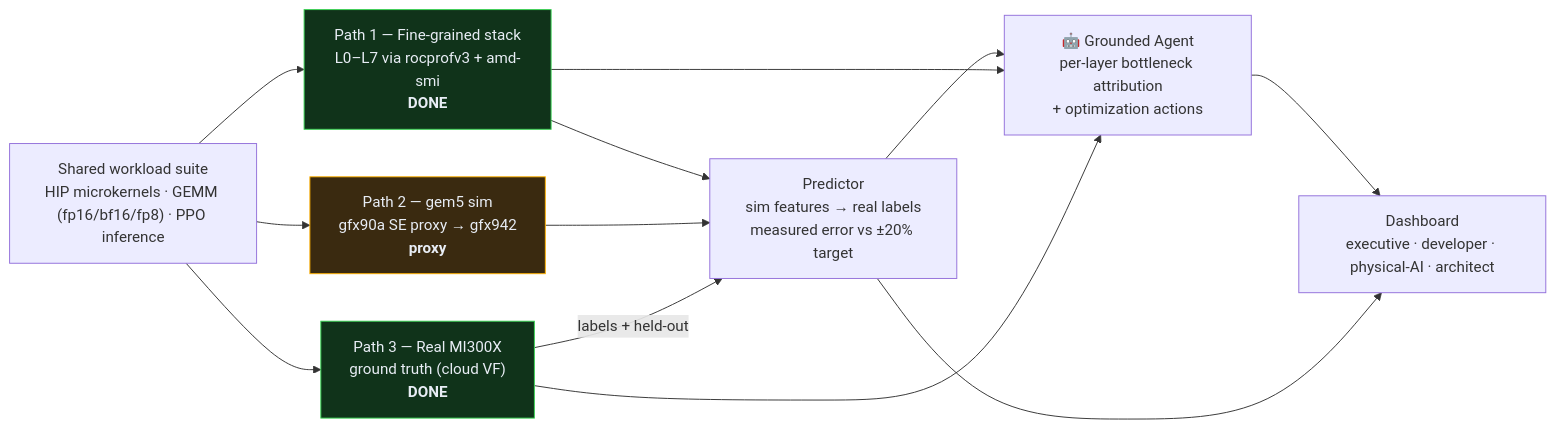
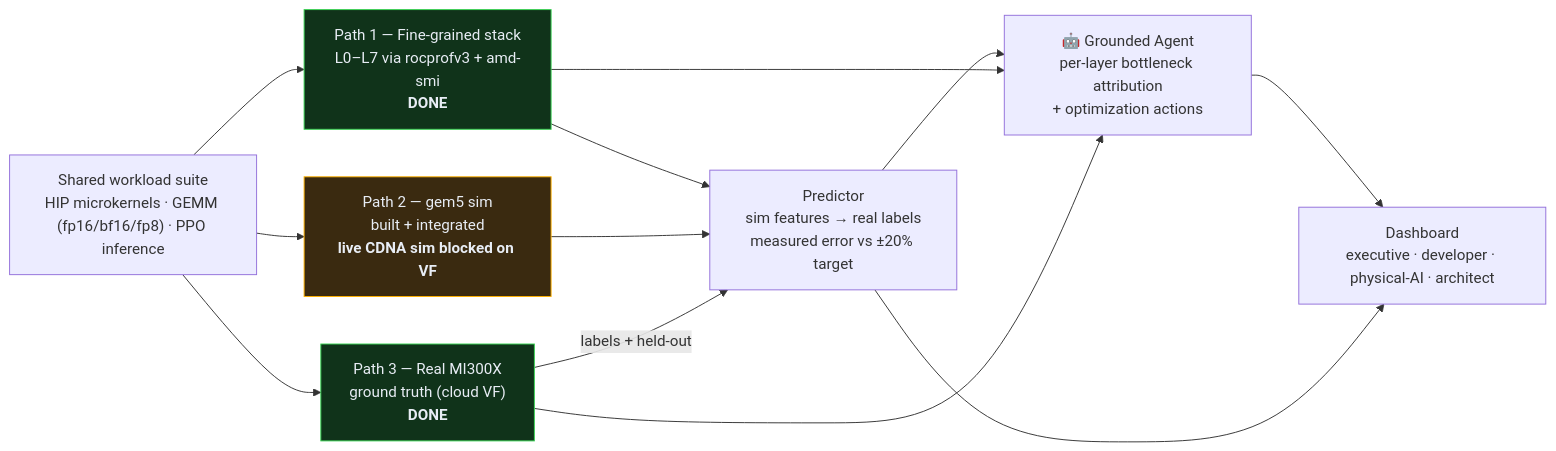
Before and after one commit to learnnshare/my-work-related: the first of 8 diagrams in my-notes/hackathon-proposal-refined.md, drawn with Mermaid. The commit also changed other lines of this file and 2 other files, not shown here.

First line of the commit message:
gem5: detect 'GPU did no work' (ROCm7↔gem5 runtime mismatch); lock Path-2 framing

````diff
--- a/my-notes/hackathon-proposal-refined.md
+++ b/my-notes/hackathon-proposal-refined.md
@@ -29,24 +29,24 @@
 ```mermaid
 flowchart LR
     W["Shared workload suite<br/>HIP microkernels · GEMM (fp16/bf16/fp8) · PPO inference"]
 
     W --> P1["Path 1 — Fine-grained stack<br/>L0–L7 via rocprofv3 + amd-smi<br/><b>DONE</b>"]
-    W --> P2["Path 2 — gem5 sim<br/>gfx90a SE proxy → gfx942<br/><b>proxy</b>"]
+    W --> P2["Path 2 — gem5 sim<br/>built + integrated<br/><b>live CDNA sim blocked on VF</b>"]
     W --> P3["Path 3 — Real MI300X<br/>ground truth (cloud VF)<br/><b>DONE</b>"]
 
     P1 --> PR["Predictor<br/>sim features → real labels<br/>measured error vs ±20% target"]
     P2 --> PR
     P3 -- "labels + held-out" --> PR
 
     PR --> AG["🤖 Grounded Agent<br/>per-layer bottleneck attribution<br/>+ optimization actions"]
     P1 --> AG
     P3 --> AG
 
     AG --> DASH["Dashboard<br/>executive · developer · physical-AI · architect"]
     PR --> DASH
 
     classDef done fill:#10331a,stroke:#39D353,color:#e8edf5;
     classDef proxy fill:#3a2a10,stroke:#FFB100,color:#e8edf5;
     class P1,P3 done;
     class P2 proxy;
 ```
````
